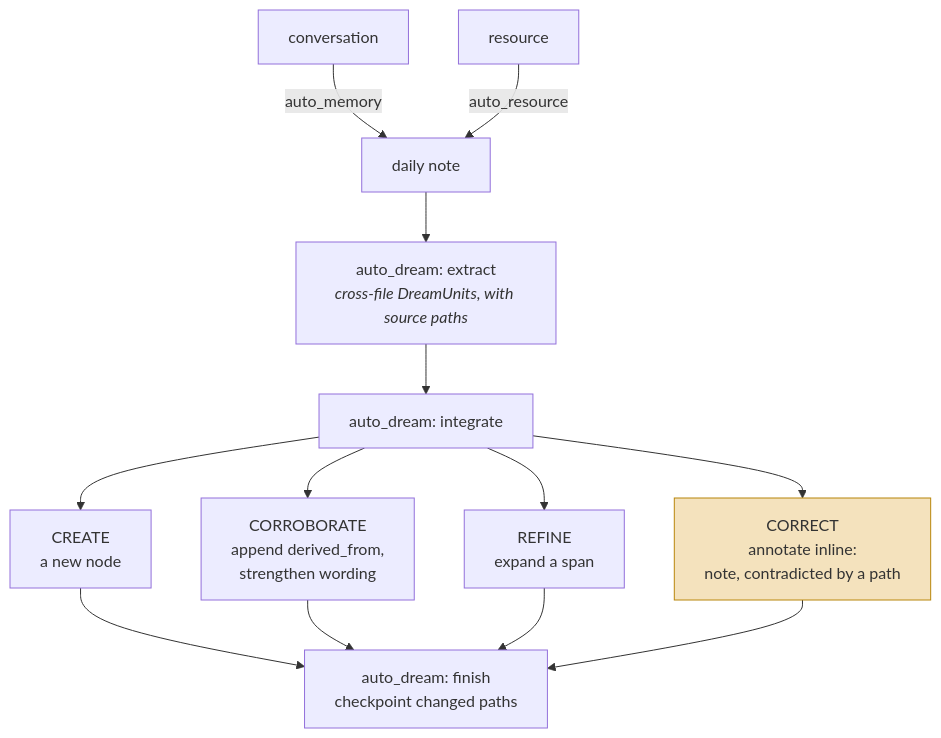
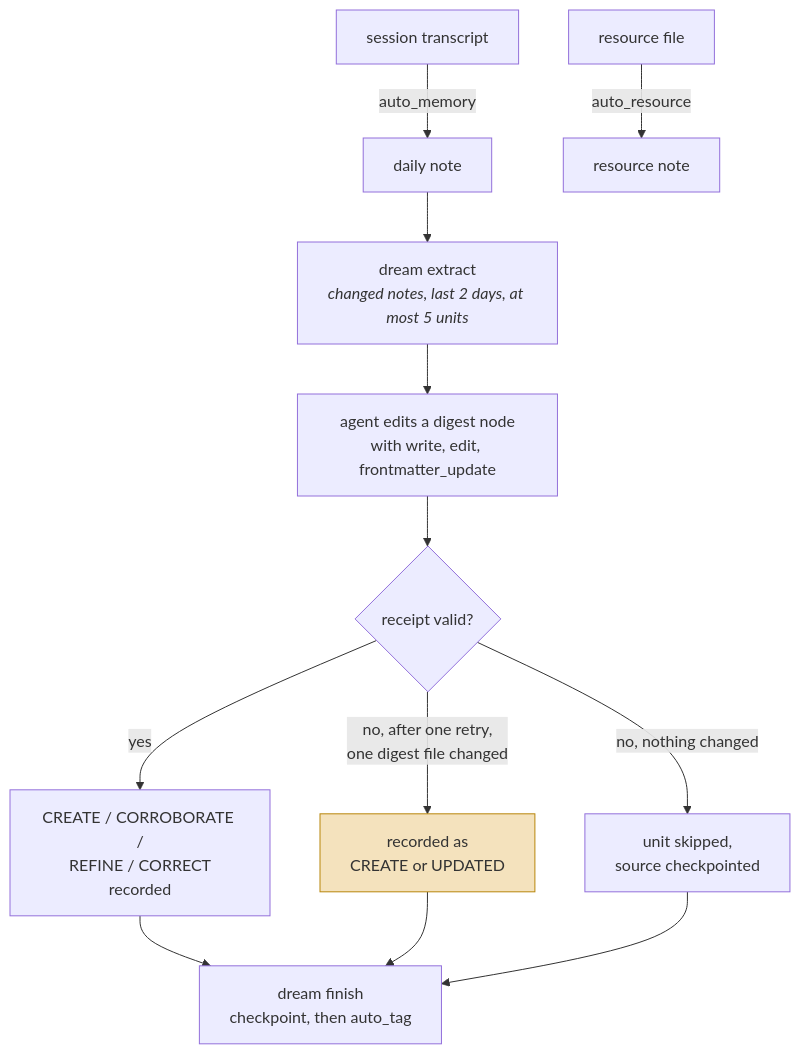
The first of 2 diagrams in content/systems/reme.md (neoneye/agent-memory-atlas), drawn with Mermaid before and after one commit. The commit also changed other lines of this file and 20 other files, not shown here.

````diff
--- a/content/systems/reme.md
+++ b/content/systems/reme.md
@@ -88,18 +93,17 @@
 ```mermaid
-%% caption: integration has four verdicts, and the correcting one annotates inline with the path that contradicted it rather than rewriting or deleting
+%% caption: the verb is validated after the agent has already edited the file, and a malformed receipt still lands the edit when one digest file changed
 flowchart TB
-    C["conversation"] -->|auto_memory| DN["daily note"]
-    R["resource"] -->|auto_resource| DN
-    DN --> EX["auto_dream: extract<br/><i>cross-file DreamUnits, with source paths</i>"]
-    EX --> IN["auto_dream: integrate"]
-    IN --> CR["CREATE<br/>a new node"]
-    IN --> CO["CORROBORATE<br/>append derived_from,<br/>strengthen wording"]
-    IN --> RF["REFINE<br/>expand a span"]
-    IN --> CX["CORRECT<br/>annotate inline:<br/>note, contradicted by a path"]
-    CR --> FI["auto_dream: finish<br/>checkpoint changed paths"]
-    CO --> FI
-    RF --> FI
-    CX --> FI
+    C["session transcript"] -->|"auto_memory"| DN["daily note"]
+    R["resource file"] -->|"auto_resource"| RN["resource note"]
+    DN --> EX["dream extract<br/><i>changed notes, last 2 days, at most 5 units</i>"]
+    EX --> AG["agent edits a digest node<br/>with write, edit, frontmatter_update"]
+    AG --> RC{"receipt valid?"}
+    RC -->|"yes"| V["CREATE / CORROBORATE /<br/>REFINE / CORRECT<br/>recorded"]
+    RC -->|"no, after one retry,<br/>one digest file changed"| U["recorded as<br/>CREATE or UPDATED"]
+    RC -->|"no, nothing changed"| SK["unit skipped,<br/>source checkpointed"]
+    V --> FI["dream finish<br/>checkpoint, then auto_tag"]
+    U --> FI
+    SK --> FI
 
-    style CX fill:#f4e2bd,stroke:#b8860b
+    style U fill:#f4e2bd,stroke:#b8860b
 ```
````
